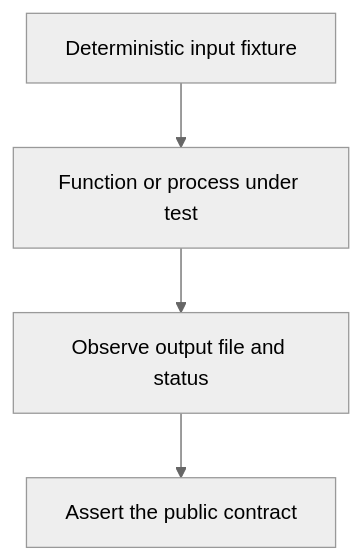
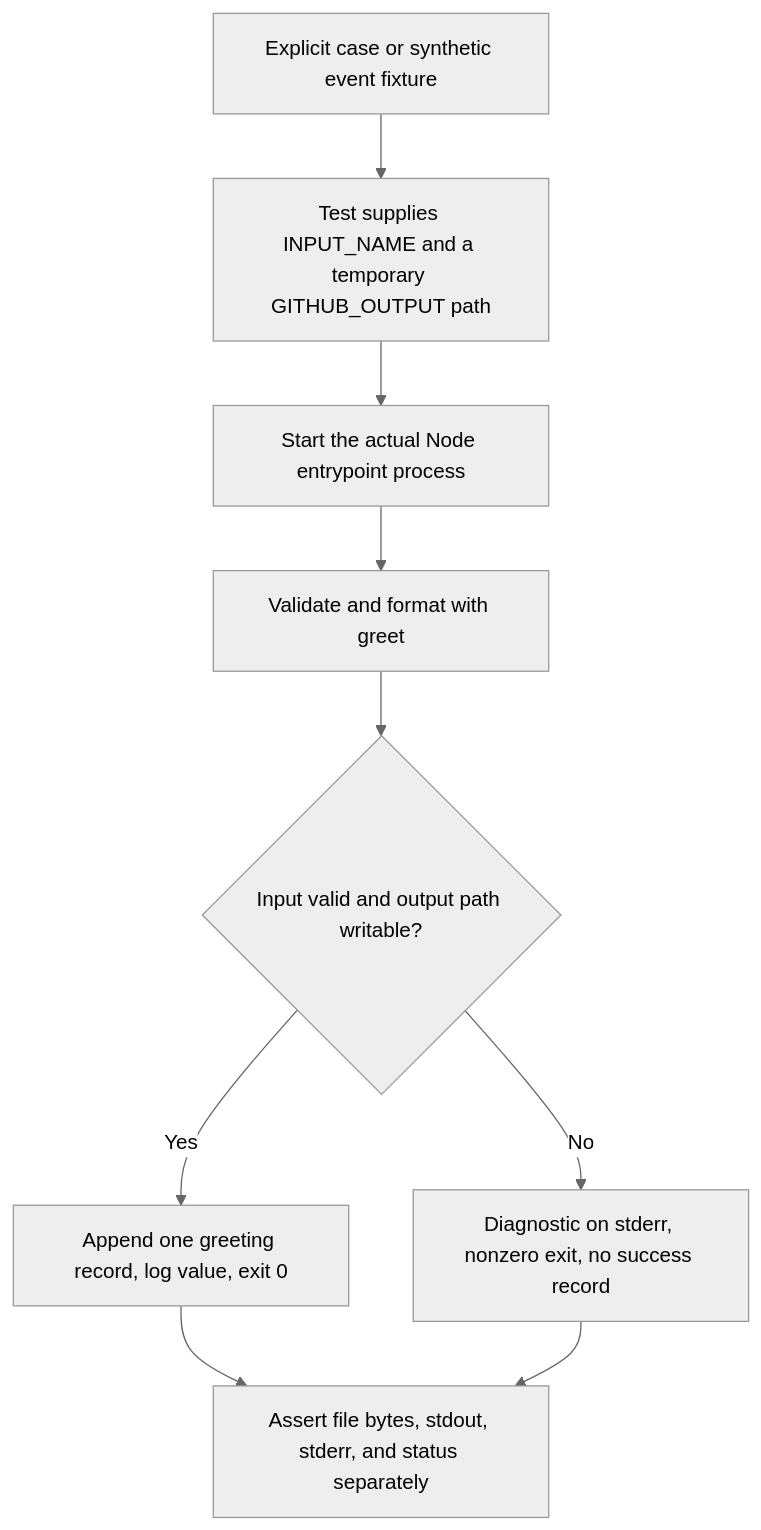
One commit to Rohit1024/actions-learn changed the diagram in docs/lessons/0009-unit-tests-fixtures-and-output-files.md. Above: the diagram before and after it, drawn with Mermaid (neutral theme). The commit also changed other lines of this file and 228 other files, not shown here.

````diff
--- a/docs/lessons/0009-unit-tests-fixtures-and-output-files.md
+++ b/docs/lessons/0009-unit-tests-fixtures-and-output-files.md
@@ -50,10 +24,11 @@
 ```mermaid
 flowchart TD
-    N0["Deterministic input fixture"]
-    N1["Function or process under test"]
-    N0 --> N1
-    N2["Observe output file and status"]
-    N1 --> N2
-    N3["Assert the public contract"]
-    N2 --> N3
+    Fixtures["Explicit case or synthetic event fixture"] --> Transport["Test supplies INPUT_NAME and a temporary GITHUB_OUTPUT path"]
+    Transport --> Process["Start the actual Node entrypoint process"]
+    Process --> Function["Validate and format with greet"]
+    Function --> Valid{"Input valid and output path writable?"}
+    Valid -->|"Yes"| Output["Append one greeting record, log value, exit 0"]
+    Valid -->|"No"| Failure["Diagnostic on stderr, nonzero exit, no success record"]
+    Output --> Assert["Assert file bytes, stdout, stderr, and status separately"]
+    Failure --> Assert
 ```
````
